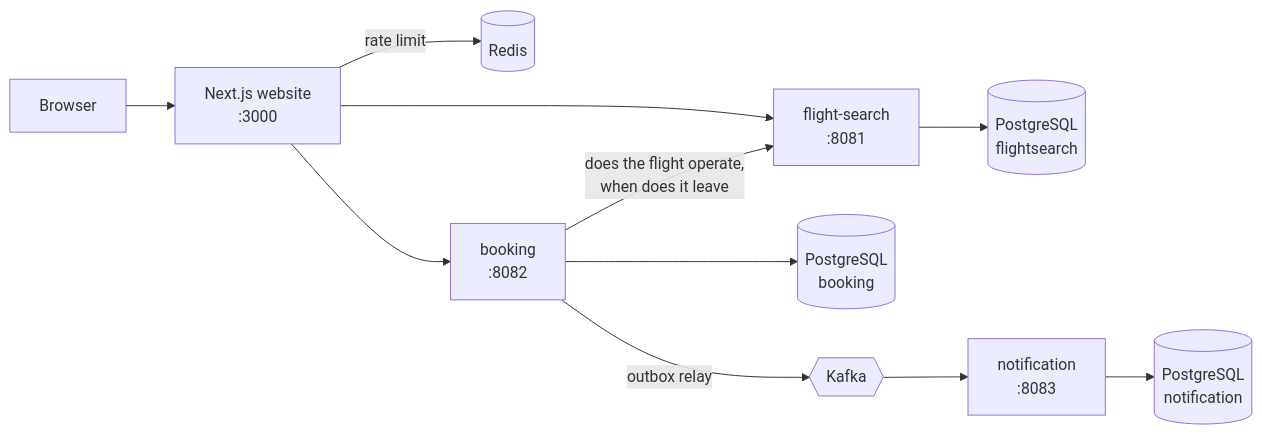
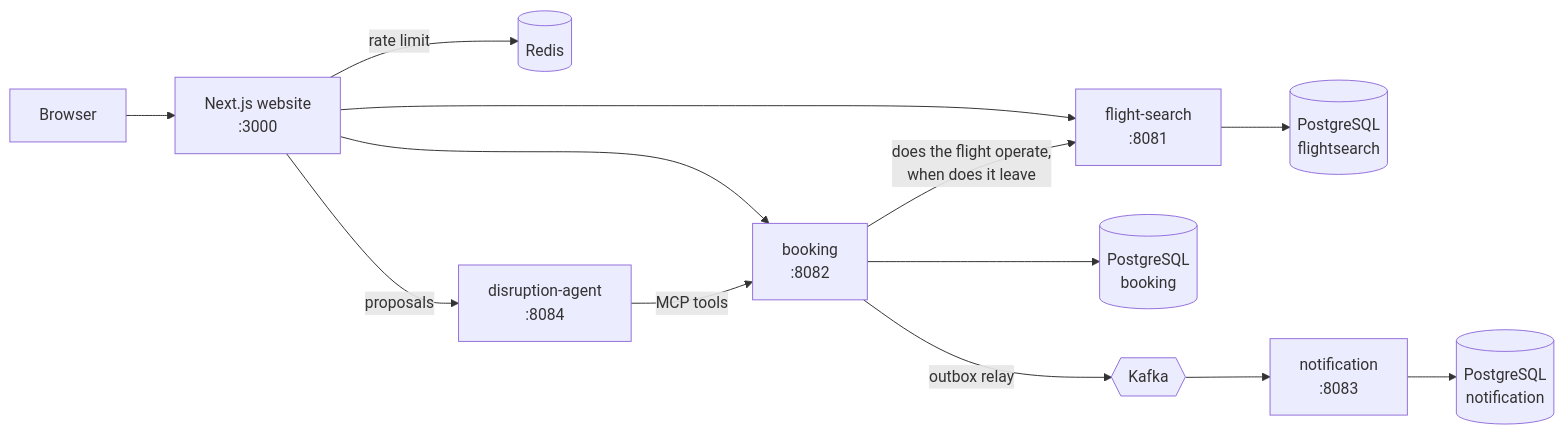
The diagram in README.md (sudeshkar/SkyHub), drawn with Mermaid before and after one commit. The commit also changed other lines of this file and 29 other files, not shown here.

First line of the commit message:
Approval screen on the operations page: proposals from the agent, approved with the staff member's own login (ADR-0024)

````diff
--- a/README.md
+++ b/README.md
@@ -39,13 +43,15 @@
 ```mermaid
 flowchart LR
     B[Browser] --> W[Next.js website<br/>:3000]
     W -->|rate limit| R[(Redis)]
     W --> FS[flight-search<br/>:8081]
     W --> BK[booking<br/>:8082]
     BK -->|does the flight operate,<br/>when does it leave| FS
     FS --> P1[(PostgreSQL<br/>flightsearch)]
     BK --> P2[(PostgreSQL<br/>booking)]
     BK -->|outbox relay| K{{Kafka}}
     K --> N[notification<br/>:8083]
+    W -->|proposals| AG[disruption-agent<br/>:8084]
+    AG -->|MCP tools| BK
     N --> P3[(PostgreSQL<br/>notification)]
 ```
````
